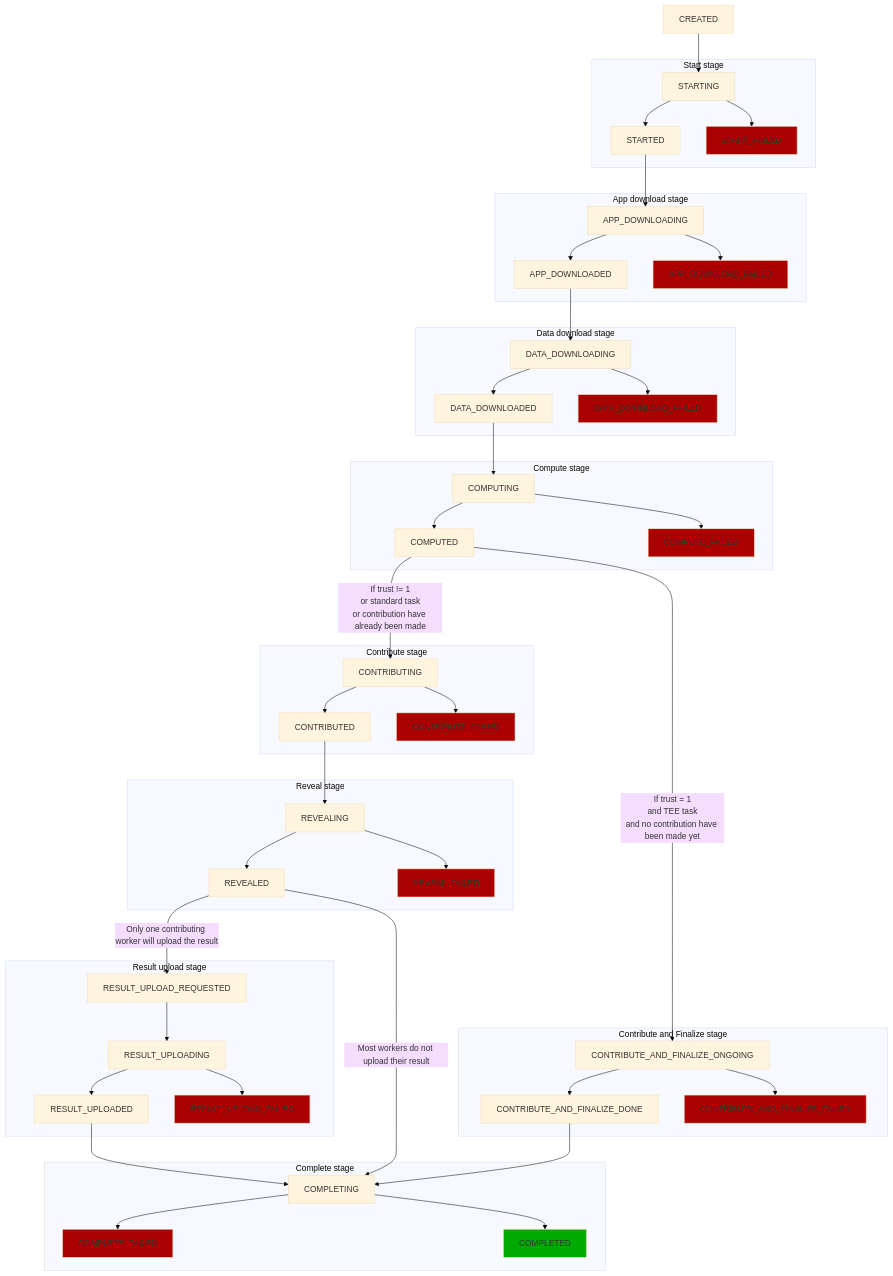
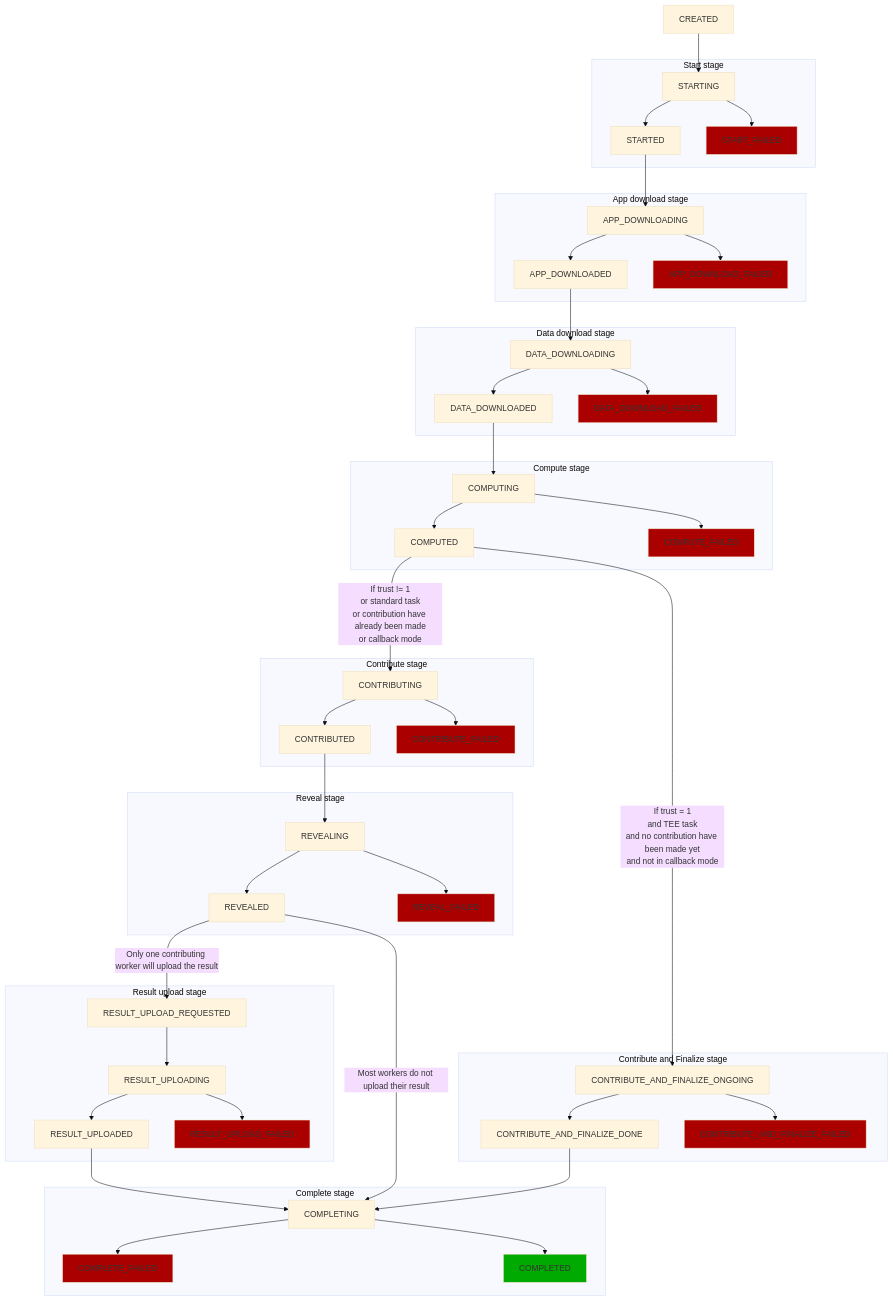
Before and after one commit to iExecBlockchainComputing/documentation: the second of 2 diagrams in for-developers/advanced/task-feedback.md, drawn with Mermaid (base theme). The commit also changed other lines of this file, not shown here.

Commit message:
Explain ContributeAndFinalize

````diff
--- a/for-developers/advanced/task-feedback.md
+++ b/for-developers/advanced/task-feedback.md
@@ -156,72 +159,72 @@
 ```mermaid
 flowchart
 
 CREATED --> STARTING
 
 subgraph Start stage
     STARTING --> STARTED
     STARTING --> START_FAILED:::failure
 end
 
 subgraph App download stage
     STARTED --> APP_DOWNLOADING
 
     APP_DOWNLOADING --> APP_DOWNLOADED
     APP_DOWNLOADING --> APP_DOWNLOAD_FAILED:::failure
 end
 
 subgraph Data download stage
     APP_DOWNLOADED --> DATA_DOWNLOADING
 
     DATA_DOWNLOADING --> DATA_DOWNLOADED
     DATA_DOWNLOADING --> DATA_DOWNLOAD_FAILED:::failure
 end
 
 subgraph Compute stage
     DATA_DOWNLOADED --> COMPUTING
 
     COMPUTING --> COMPUTED
     COMPUTING --> COMPUTE_FAILED:::failure
 end
 
 subgraph Contribute stage
-    COMPUTED -- If trust != 1\nor standard task\nor contribution have already been made --> CONTRIBUTING
+    COMPUTED -- If trust != 1\nor standard task\nor contribution have already been made\nor callback mode --> CONTRIBUTING
 
     CONTRIBUTING --> CONTRIBUTED
     CONTRIBUTING --> CONTRIBUTE_FAILED:::failure
 end
 
 subgraph Reveal stage
     CONTRIBUTED --> REVEALING
 
     REVEALING --> REVEALED
     REVEALING --> REVEAL_FAILED:::failure
 end
 
 subgraph Result upload stage
     REVEALED -- Only one contributing worker will upload the result --> RESULT_UPLOAD_REQUESTED
     RESULT_UPLOAD_REQUESTED --> RESULT_UPLOADING
     RESULT_UPLOADING --> RESULT_UPLOADED
     RESULT_UPLOADING --> RESULT_UPLOAD_FAILED:::failure
 end
 
 subgraph Contribute and Finalize stage
-    COMPUTED -- If trust = 1\nand TEE task\nand no contribution have been made yet --> CONTRIBUTE_AND_FINALIZE_ONGOING
+    COMPUTED -- If trust = 1\nand TEE task\nand no contribution have been made yet\nand not in callback mode --> CONTRIBUTE_AND_FINALIZE_ONGOING
 
     CONTRIBUTE_AND_FINALIZE_ONGOING --> CONTRIBUTE_AND_FINALIZE_DONE
     CONTRIBUTE_AND_FINALIZE_ONGOING --> CONTRIBUTE_AND_FINALIZE_FAILED:::failure
 end
 
 subgraph Complete stage
     RESULT_UPLOADED --> COMPLETING
     REVEALED -- Most workers do not upload their result --> COMPLETING
     CONTRIBUTE_AND_FINALIZE_DONE --> COMPLETING
 
     COMPLETING --> COMPLETE_FAILED:::failure
     COMPLETING --> COMPLETED:::completed
 end
 
 %% Style definitions
 classDef failure fill:#a00
 classDef completed fill:#0a0
 ```
````
